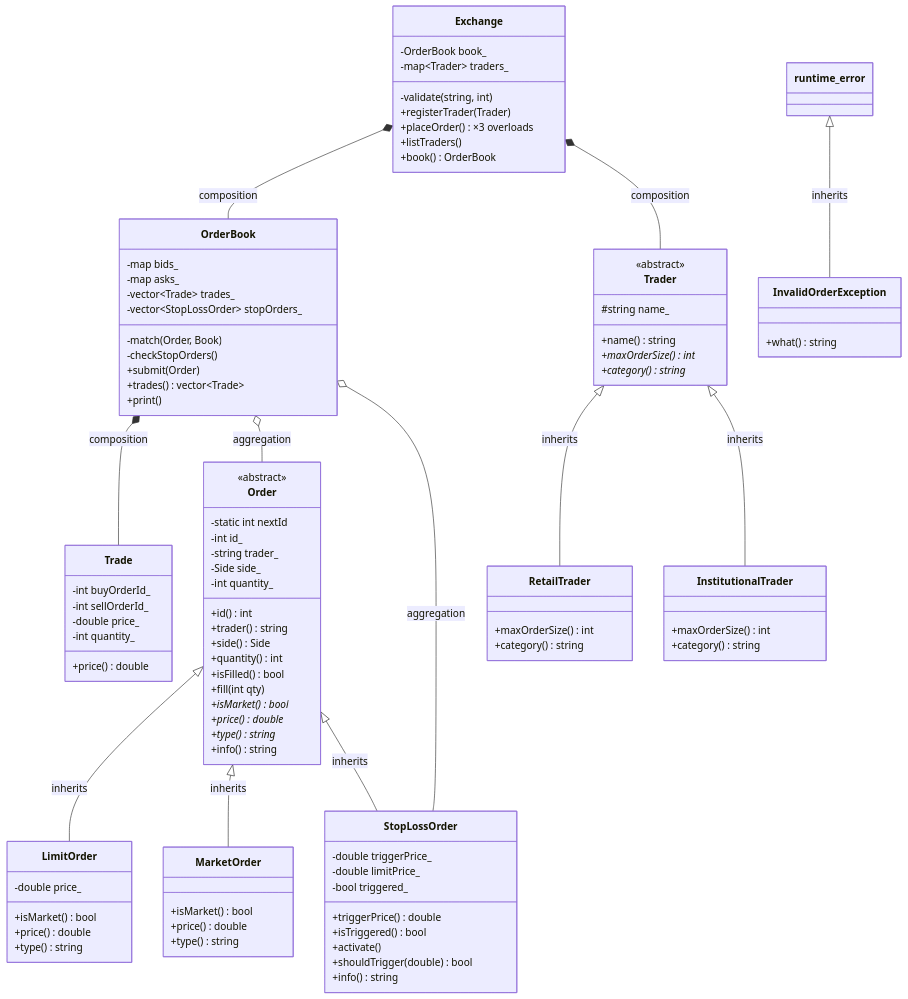
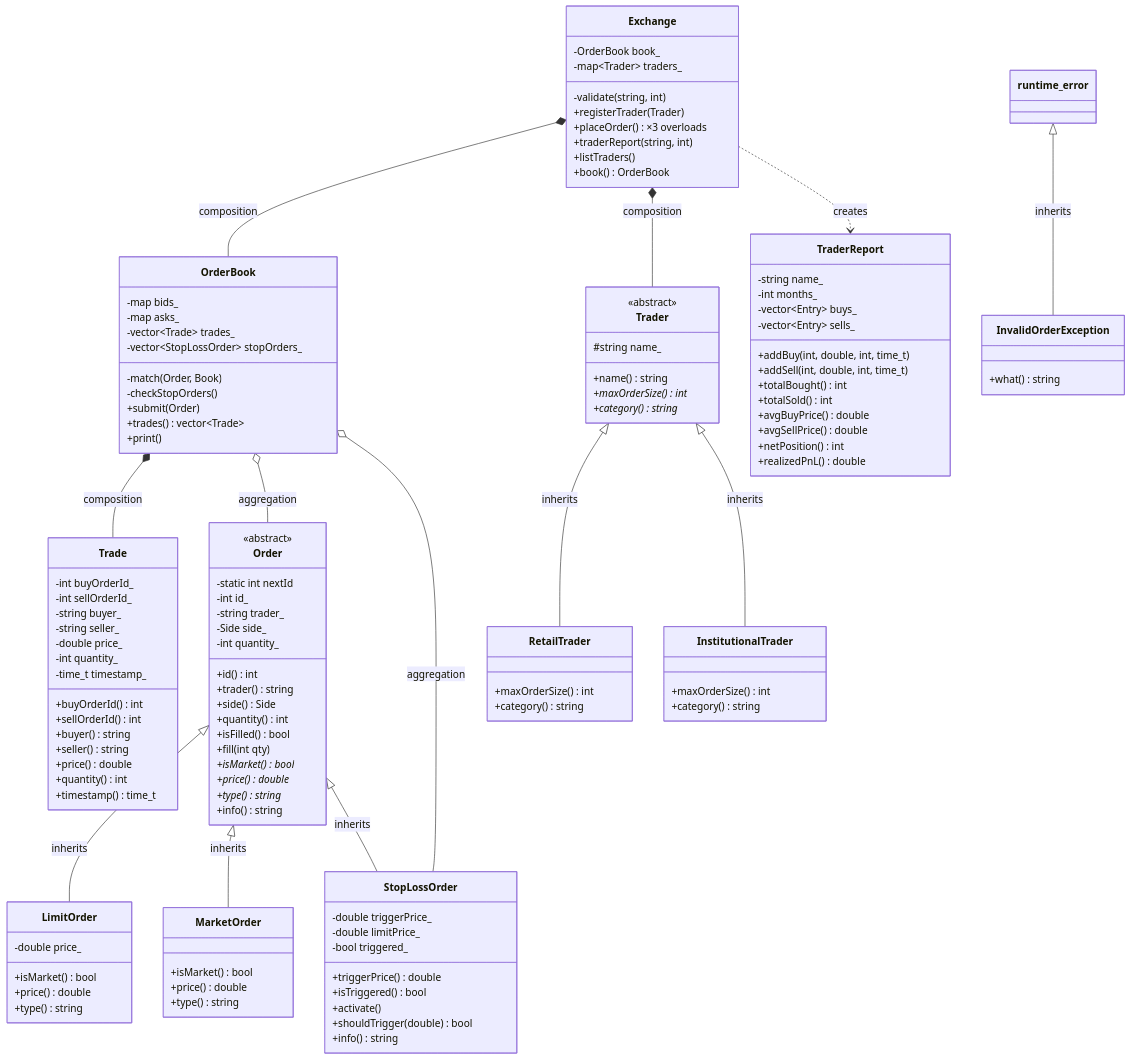
One commit to njana-sudo/mini-exchange changed the diagram in README.md. Above: the diagram before and after it, drawn with Mermaid. The commit also changed other lines of this file and 1 other file, not shown here.

Commit message:
feat: add TraderReport for buy/sell history and realized P&L over last N months

```diff
--- a/README.md
+++ b/README.md
@@ -79,9 +80,33 @@
     class Trade {
         -int buyOrderId_
         -int sellOrderId_
+        -string buyer_
+        -string seller_
         -double price_
         -int quantity_
+        -time_t timestamp_
+        +buyOrderId() int
+        +sellOrderId() int
+        +buyer() string
+        +seller() string
         +price() double
+        +quantity() int
+        +timestamp() time_t
+    }
+
+    class TraderReport {
+        -string name_
+        -int months_
+        -vector~Entry~ buys_
+        -vector~Entry~ sells_
+        +addBuy(int, double, int, time_t)
+        +addSell(int, double, int, time_t)
+        +totalBought() int
+        +totalSold() int
+        +avgBuyPrice() double
+        +avgSellPrice() double
+        +netPosition() int
+        +realizedPnL() double
     }
 
     class OrderBook {
@@ -102,6 +127,7 @@
         -validate(string, int)
         +registerTrader(Trader)
         +placeOrder() ×3 overloads
+        +traderReport(string, int)
         +listTraders()
         +book() OrderBook
     }
@@ -119,6 +145,7 @@
 
     Exchange *-- OrderBook : composition
     Exchange *-- Trader : composition
+    Exchange ..> TraderReport : creates
     OrderBook *-- Trade : composition
     OrderBook o-- Order : aggregation
     OrderBook o-- StopLossOrder : aggregation
```
